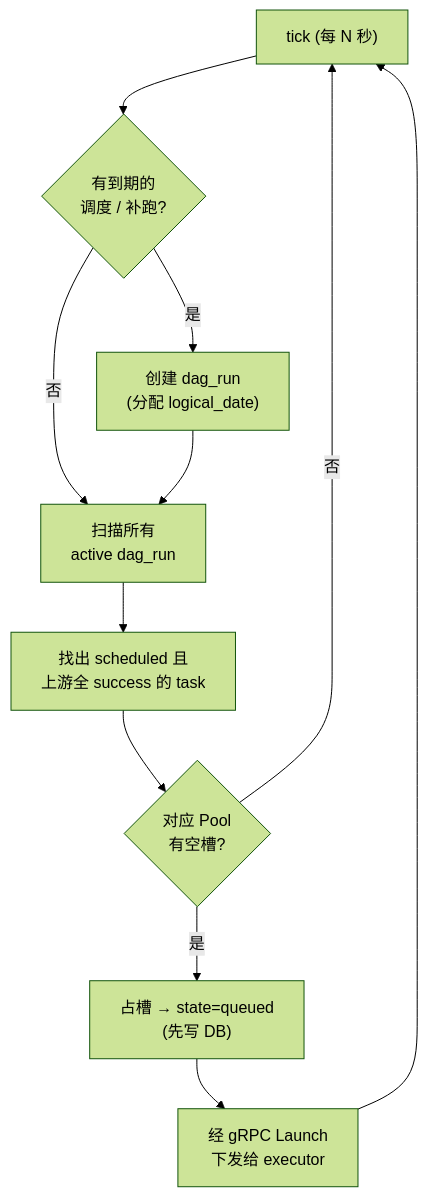
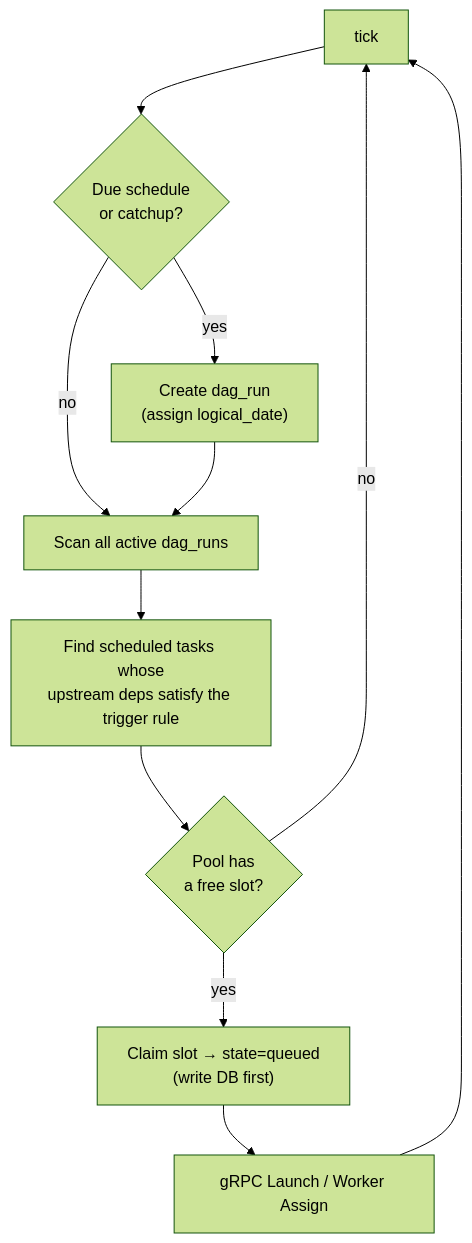
One commit to ako74programmer/poc-cronova-windows changed the third of 10 diagrams in docs/ARCHITECTURE.md. Above: the diagram before and after it, drawn with Mermaid (forest theme). The commit also changed other lines of this file and 10 other files, not shown here.

Commit message:
docs: rewrite ARCHITECTURE in English + Polish, sync embedded docs, add to KB and nav, remove Chinese UI refs

````diff
--- a/docs/ARCHITECTURE.md
+++ b/docs/ARCHITECTURE.md
@@ -357,13 +312,13 @@
 ```mermaid
 flowchart TD
-    A["tick (每 N 秒)"] --> B{"有到期的<br/>调度 / 补跑?"}
-    B -- "是" --> C["创建 dag_run<br/>(分配 logical_date)"]
-    B -- "否" --> D
-    C --> D["扫描所有<br/>active dag_run"]
-    D --> E["找出 scheduled 且<br/>上游全 success 的 task"]
-    E --> F{"对应 Pool<br/>有空槽?"}
-    F -- "否" --> A
-    F -- "是" --> G["占槽 → state=queued<br/>(先写 DB)"]
-    G --> H["经 gRPC Launch<br/>下发给 executor"]
+    A["tick"] --> B{"Due schedule<br/>or catchup?"}
+    B -- yes --> C["Create dag_run<br/>(assign logical_date)"]
+    B -- no --> D
+    C --> D["Scan all active dag_runs"]
+    D --> E["Find scheduled tasks whose<br/>upstream deps satisfy the trigger rule"]
+    E --> F{"Pool has<br/>a free slot?"}
+    F -- no --> A
+    F -- yes --> G["Claim slot → state=queued<br/>(write DB first)"]
+    G --> H["gRPC Launch / Worker Assign"]
     H --> A
 ```
````
